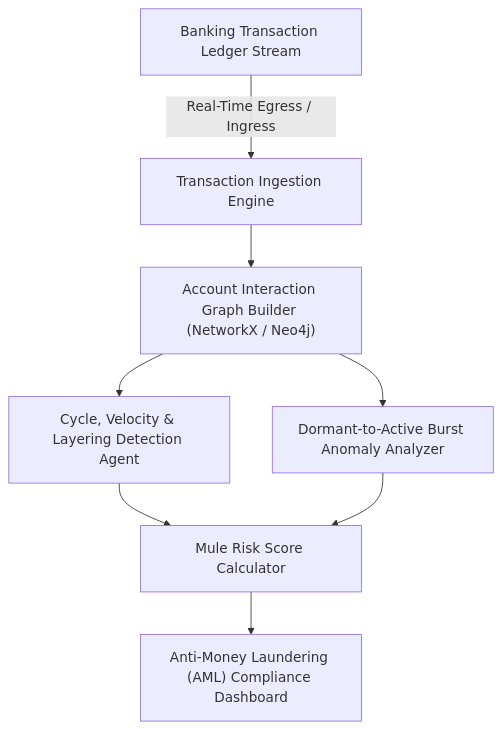
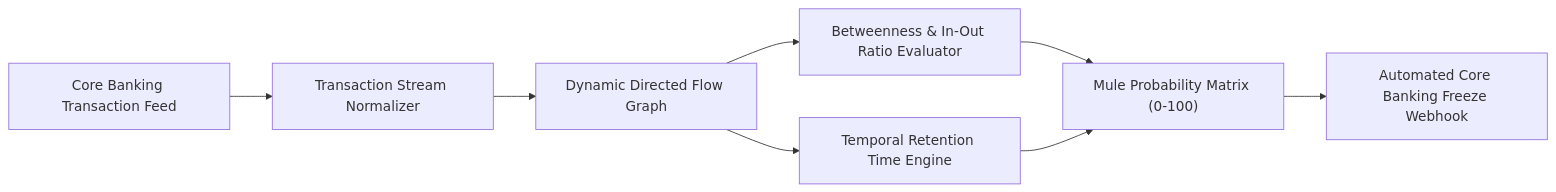
The diagram in README.md (Tharun4743/Muleguard), drawn with Mermaid before and after one commit. The commit also changed other lines of this file and 3 other files, not shown here.

````diff
--- a/README.md
+++ b/README.md
@@ -35,10 +38,9 @@
 ```mermaid
-graph TD
-    TxStream["Banking Transaction Ledger Stream"] -->|Real-Time Egress / Ingress| Ingest["Transaction Ingestion Engine"]
-    Ingest --> GraphBuilder["Account Interaction Graph Builder (NetworkX / Neo4j)"]
-    GraphBuilder --> Centrality["Cycle, Velocity & Layering Detection Agent"]
-    GraphBuilder --> Heuristics["Dormant-to-Active Burst Anomaly Analyzer"]
-    Centrality --> RiskScore["Mule Risk Score Calculator"]
-    Heuristics --> RiskScore
-    RiskScore --> AlertHub["Anti-Money Laundering (AML) Compliance Dashboard"]
+flowchart LR
+    Ledger["Core Banking Transaction Feed"] --> Parser["Transaction Stream Normalizer"]
+    Parser --> GraphEngine["Dynamic Directed Flow Graph"]
+    GraphEngine --> Centrality["Betweenness & In-Out Ratio Evaluator"]
+    GraphEngine --> Velocity["Temporal Retention Time Engine"]
+    Centrality & Velocity --> MuleScorer["Mule Probability Matrix (0-100)"]
+    MuleScorer --> Webhook["Automated Core Banking Freeze Webhook"]
 ```
````
